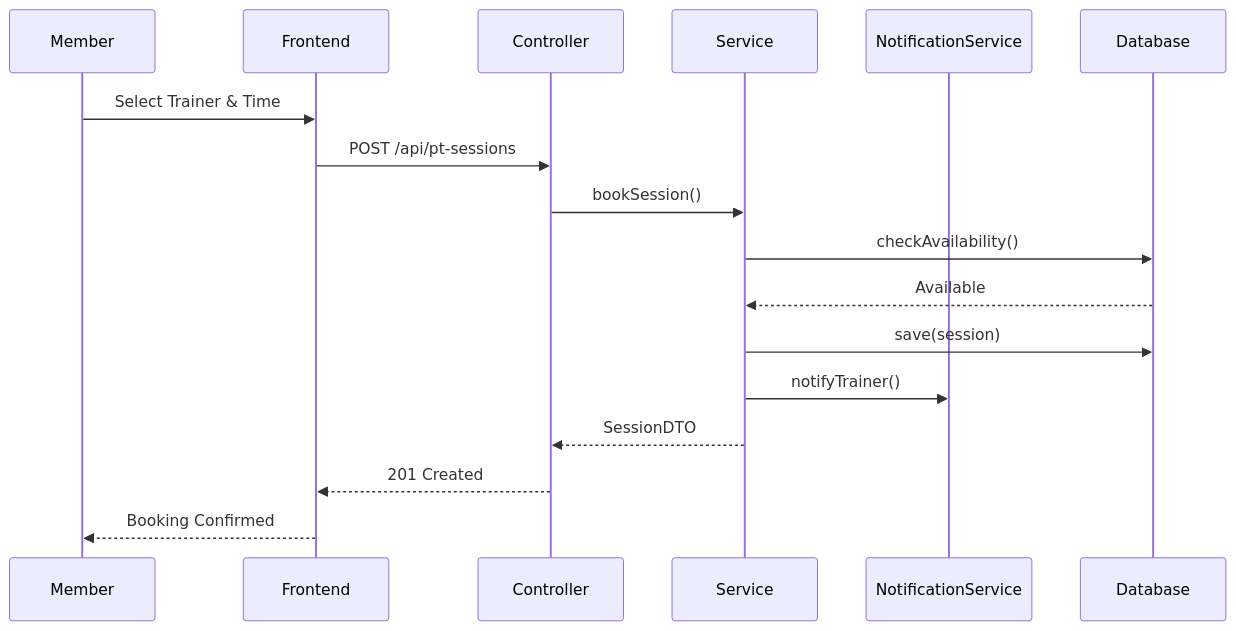
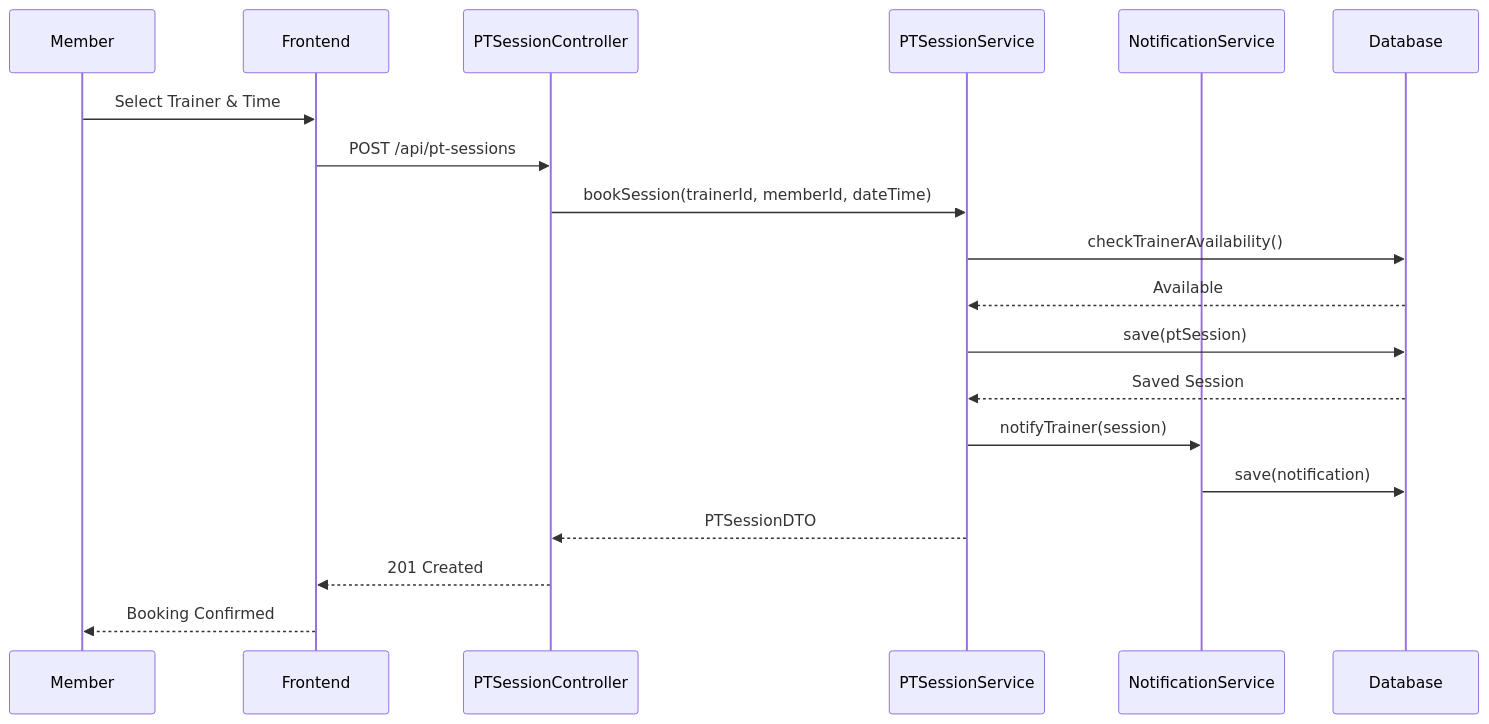
Before and after one commit to coded-with-aryan0426/gym-management-system-fullstack: the fifth of 8 diagrams in docs/uml_diagrams.md, drawn with Mermaid. The commit also changed other lines of this file and 16 other files, not shown here.

````diff
--- a/docs/uml_diagrams.md
+++ b/docs/uml_diagrams.md
@@ -264,20 +277,22 @@
 ```mermaid
 sequenceDiagram
     participant M as Member
     participant F as Frontend
-    participant C as Controller
-    participant S as Service
+    participant C as PTSessionController
+    participant S as PTSessionService
     participant N as NotificationService
     participant D as Database
 
     M->>F: Select Trainer & Time
     F->>C: POST /api/pt-sessions
-    C->>S: bookSession()
-    S->>D: checkAvailability()
+    C->>S: bookSession(trainerId, memberId, dateTime)
+    S->>D: checkTrainerAvailability()
     D-->>S: Available
-    S->>D: save(session)
-    S->>N: notifyTrainer()
-    S-->>C: SessionDTO
+    S->>D: save(ptSession)
+    D-->>S: Saved Session
+    S->>N: notifyTrainer(session)
+    N->>D: save(notification)
+    S-->>C: PTSessionDTO
     C-->>F: 201 Created
     F-->>M: Booking Confirmed
 ```
````
